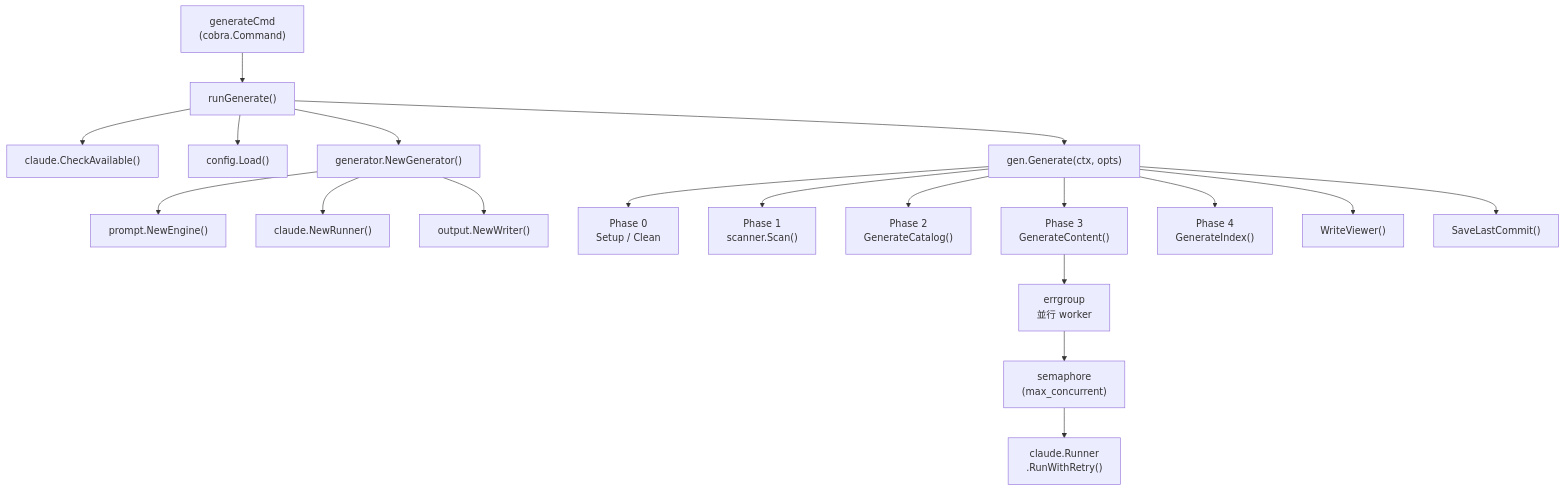
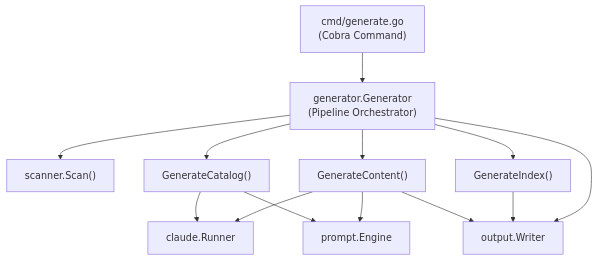
Before and after one commit to monkenWu/selfmd-claude-code: the first of 2 diagrams in docs/cli/cmd-generate/index.md, drawn with Mermaid. The commit also changed other lines of this file and 145 other files, not shown here.

````diff
--- a/docs/cli/cmd-generate/index.md
+++ b/docs/cli/cmd-generate/index.md
@@ -52,23 +20,25 @@
 ```mermaid
 flowchart TD
-    A["generateCmd\n(cobra.Command)"] --> B["runGenerate()"]
-    B --> C["claude.CheckAvailable()"]
-    B --> D["config.Load()"]
-    B --> E["generator.NewGenerator()"]
-    E --> F["prompt.NewEngine()"]
-    E --> G["claude.NewRunner()"]
-    E --> H["output.NewWriter()"]
-    B --> I["gen.Generate(ctx, opts)"]
+    CLI["cmd/generate.go\n(Cobra Command)"]
+    Generator["generator.Generator\n(Pipeline Orchestrator)"]
+    Scanner["scanner.Scan()"]
+    CatalogPhase["GenerateCatalog()"]
+    ContentPhase["GenerateContent()"]
+    IndexPhase["GenerateIndex()"]
+    Runner["claude.Runner"]
+    Engine["prompt.Engine"]
+    Writer["output.Writer"]
 
-    I --> P0["Phase 0\nSetup / Clean"]
-    I --> P1["Phase 1\nscanner.Scan()"]
-    I --> P2["Phase 2\nGenerateCatalog()"]
-    I --> P3["Phase 3\nGenerateContent()"]
-    I --> P4["Phase 4\nGenerateIndex()"]
-    I --> P5["WriteViewer()"]
-    I --> P6["SaveLastCommit()"]
-
-    P3 --> W["errgroup\n並行 worker"]
-    W --> S["semaphore\n(max_concurrent)"]
-    S --> Claude["claude.Runner\n.RunWithRetry()"]
+    CLI --> Generator
+    Generator --> Scanner
+    Generator --> CatalogPhase
+    Generator --> ContentPhase
+    Generator --> IndexPhase
+    CatalogPhase --> Runner
+    CatalogPhase --> Engine
+    ContentPhase --> Runner
+    ContentPhase --> Engine
+    ContentPhase --> Writer
+    IndexPhase --> Writer
+    Generator --> Writer
 ```
````
